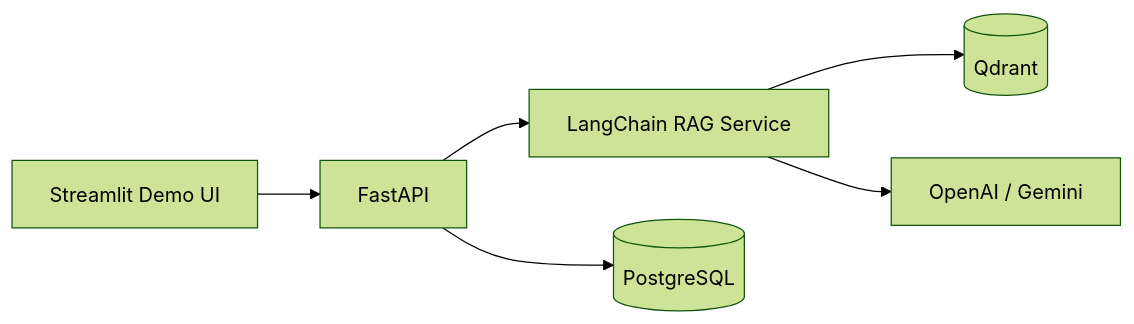
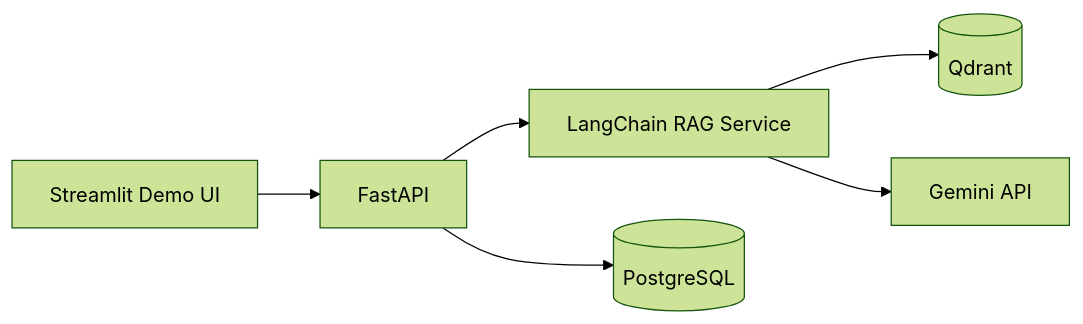
One commit to JohanMV/enterprise-rag-assistant changed the second of 2 diagrams in README.md. Above: the diagram before and after it, drawn with Mermaid (forest theme). The commit also changed other lines of this file and 3 other files, not shown here.

````diff
--- a/README.md
+++ b/README.md
@@ -64,8 +64,8 @@
 ```mermaid
 flowchart LR
     UI[Streamlit Demo UI] --> API[FastAPI]
     API --> RAG[LangChain RAG Service]
     RAG --> VDB[(Qdrant)]
-    RAG --> LLM[OpenAI / Gemini]
+    RAG --> LLM[Gemini API]
     API --> PG[(PostgreSQL)]
 ```
````
